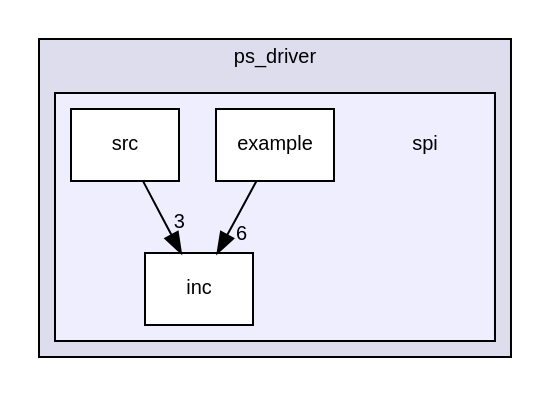
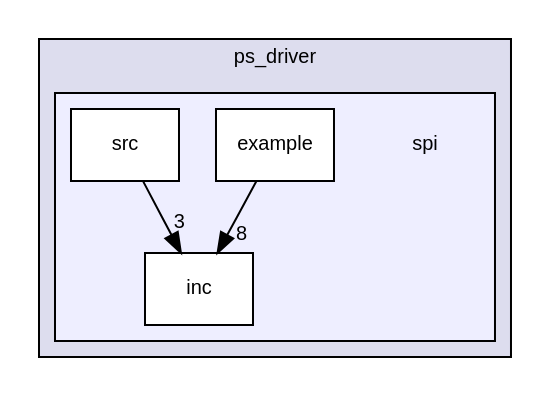
Before and after one commit to wugensheng-code/sdk: the diagram in docs/drivers/spi/dir_310b0d551fa7f02b2490c88d96def8ab_dep.dot, drawn with Graphviz. The commit also changed 3688 other files, not shown here.

```diff
--- a/docs/drivers/spi/dir_310b0d551fa7f02b2490c88d96def8ab_dep.dot
+++ b/docs/drivers/spi/dir_310b0d551fa7f02b2490c88d96def8ab_dep.dot
@@ -1,17 +1,17 @@
 digraph "fpsoc/driver/ps_driver/spi" {
   compound=true
   node [ fontsize="10", fontname="Helvetica"];
   edge [ labelfontsize="10", labelfontname="Helvetica"];
   subgraph clusterdir_a142bca7253ca5dd8b1ad96ffc0e37e7 {
     graph [ bgcolor="#ddddee", pencolor="black", label="ps_driver" fontname="Helvetica", fontsize="10", URL="dir_a142bca7253ca5dd8b1ad96ffc0e37e7.html"]
   subgraph clusterdir_310b0d551fa7f02b2490c88d96def8ab {
     graph [ bgcolor="#eeeeff", pencolor="black", label="" URL="dir_310b0d551fa7f02b2490c88d96def8ab.html"];
     dir_310b0d551fa7f02b2490c88d96def8ab [shape=plaintext label="spi"];
     dir_1db3e606d9535d779261eb3cb690ae9c [shape=box label="example" color="black" fillcolor="white" style="filled" URL="dir_1db3e606d9535d779261eb3cb690ae9c.html"];
     dir_666ccb4cd30577991bc034e60377c3bf [shape=box label="inc" color="black" fillcolor="white" style="filled" URL="dir_666ccb4cd30577991bc034e60377c3bf.html"];
     dir_e289475b7294c819edae4a4eb055d5ff [shape=box label="src" color="black" fillcolor="white" style="filled" URL="dir_e289475b7294c819edae4a4eb055d5ff.html"];
   }
   }
   dir_e289475b7294c819edae4a4eb055d5ff->dir_666ccb4cd30577991bc034e60377c3bf [headlabel="3", labeldistance=1.5 headhref="dir_000006_000005.html"];
-  dir_1db3e606d9535d779261eb3cb690ae9c->dir_666ccb4cd30577991bc034e60377c3bf [headlabel="6", labeldistance=1.5 headhref="dir_000004_000005.html"];
+  dir_1db3e606d9535d779261eb3cb690ae9c->dir_666ccb4cd30577991bc034e60377c3bf [headlabel="8", labeldistance=1.5 headhref="dir_000004_000005.html"];
 }
```
